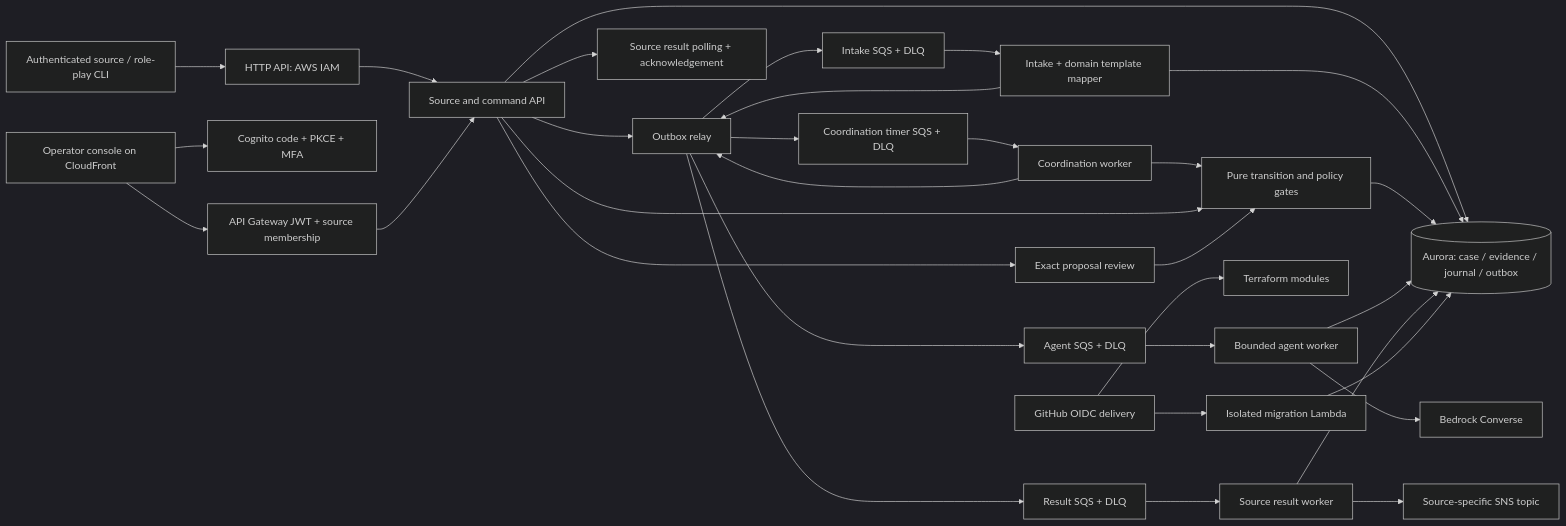
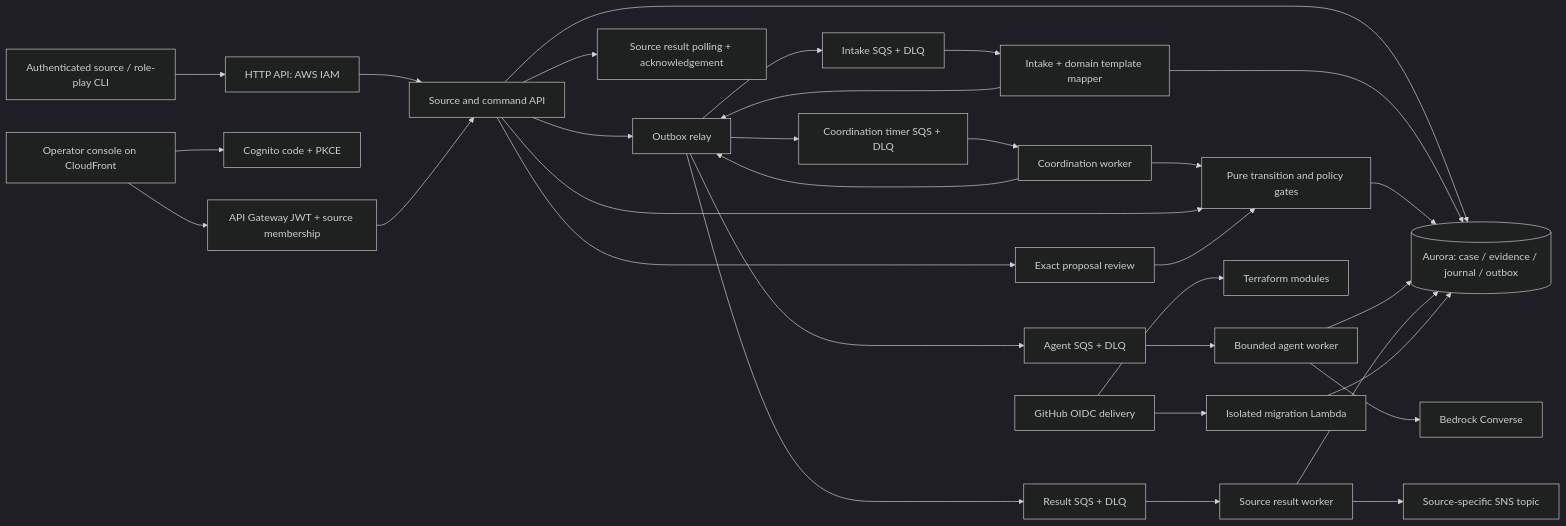
The diagram in docs/ARCHITECTURE.md (tanvir4hmed/ilien), drawn with Mermaid (dark theme) before and after one commit. The commit also changed 3 other files, not shown here.

Commit message:
Temporarily disable operator MFA and document restoring it

````diff
--- a/docs/ARCHITECTURE.md
+++ b/docs/ARCHITECTURE.md
@@ -5,34 +5,34 @@
 ```mermaid
 flowchart LR
   CLI[Authenticated source / role-play CLI] --> GW[HTTP API: AWS IAM]
   GW --> API[Source and command API]
   API --> DB[(Aurora: case / evidence / journal / outbox)]
   API --> RELAY[Outbox relay]
   RELAY --> IQ[Intake SQS + DLQ]
   IQ --> IN[Intake + domain template mapper]
   IN --> DB
   IN --> RELAY
   RELAY --> TQ[Coordination timer SQS + DLQ]
   TQ --> CW[Coordination worker]
   CW --> CORE[Pure transition and policy gates]
   API --> CORE
   CORE --> DB
   CW --> RELAY
   RELAY --> AQ[Agent SQS + DLQ]
   AQ --> AG[Bounded agent worker]
   AG --> BR[Bedrock Converse]
   AG --> DB
   API --> REVIEW[Exact proposal review]
   REVIEW --> CORE
-  BROWSER[Operator console on CloudFront] --> AUTH[Cognito code + PKCE + MFA]
+  BROWSER[Operator console on CloudFront] --> AUTH[Cognito code + PKCE]
   BROWSER --> JWT[API Gateway JWT + source membership]
   JWT --> API
   API --> RESULT[Source result polling + acknowledgement]
   RELAY --> RQ[Result SQS + DLQ]
   RQ --> RW[Source result worker]
   RW --> SNS[Source-specific SNS topic]
   RW --> DB
   CI[GitHub OIDC delivery] --> TF[Terraform modules]
   CI --> MIG[Isolated migration Lambda]
   MIG --> DB
 ```
````
